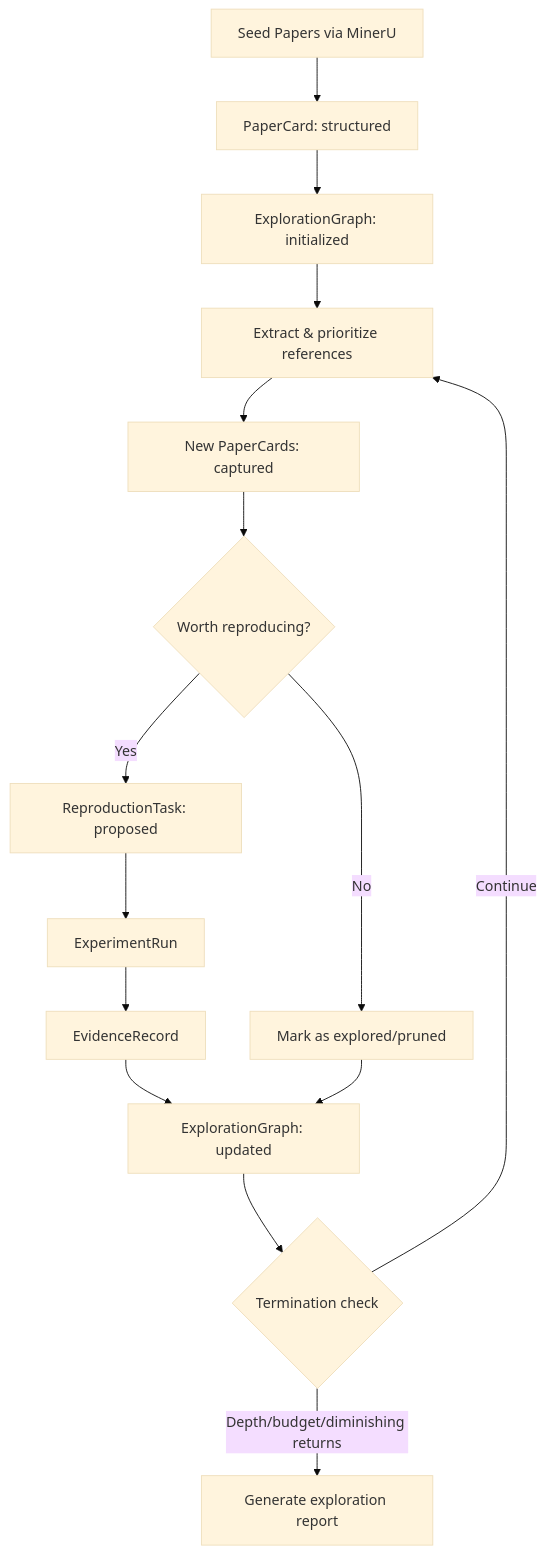
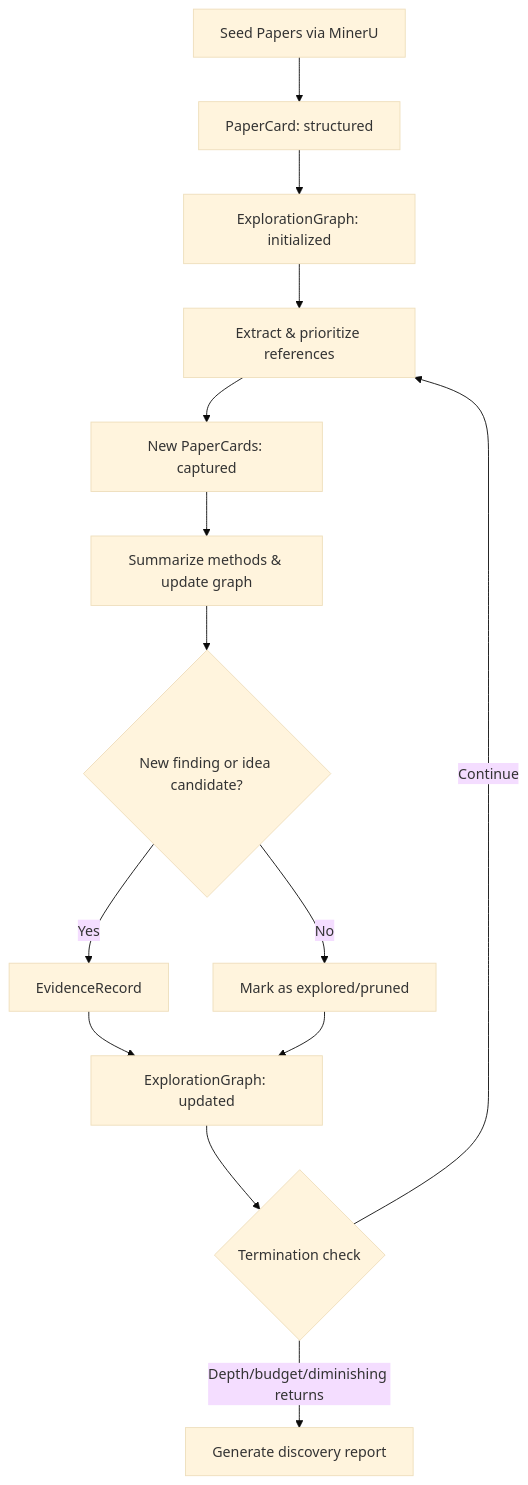
Before and after one commit to Kozmosa/scholar-agent: the second of 3 diagrams in docs/framework/artifact-graph-architecture.md, drawn with Mermaid (base theme). The commit also changed other lines of this file and 22 other files, not shown here.

````diff
--- a/docs/framework/artifact-graph-architecture.md
+++ b/docs/framework/artifact-graph-architecture.md
@@ -55,17 +55,16 @@
 ```mermaid
 flowchart TD
     S[Seed Papers via MinerU] --> PC1[PaperCard: structured]
     PC1 --> EG[ExplorationGraph: initialized]
     EG --> REF[Extract & prioritize references]
     REF --> PC2[New PaperCards: captured]
-    PC2 --> DECIDE{Worth reproducing?}
-    DECIDE -->|Yes| RT[ReproductionTask: proposed]
-    RT --> RUN[ExperimentRun]
-    RUN --> ER[EvidenceRecord]
+    PC2 --> ANALYZE[Summarize methods & update graph]
+    ANALYZE --> DECIDE{New finding or idea candidate?}
+    DECIDE -->|Yes| ER[EvidenceRecord]
     DECIDE -->|No| PRUNE[Mark as explored/pruned]
     ER --> EG2[ExplorationGraph: updated]
     PRUNE --> EG2
     EG2 --> TERM{Termination check}
-    TERM -->|Depth/budget/diminishing returns| REPORT[Generate exploration report]
+    TERM -->|Depth/budget/diminishing returns| REPORT[Generate discovery report]
     TERM -->|Continue| REF
 ```
````
